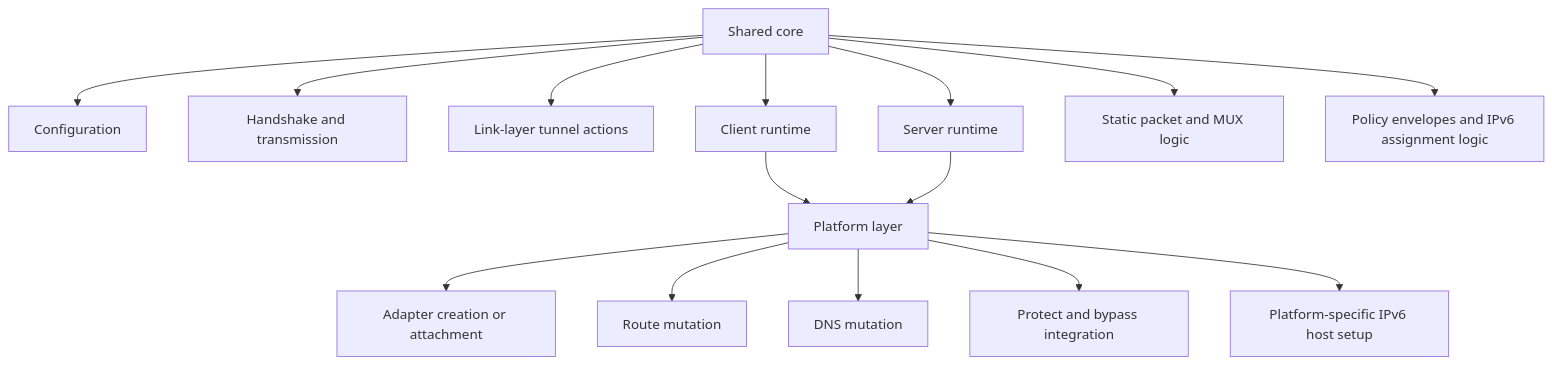
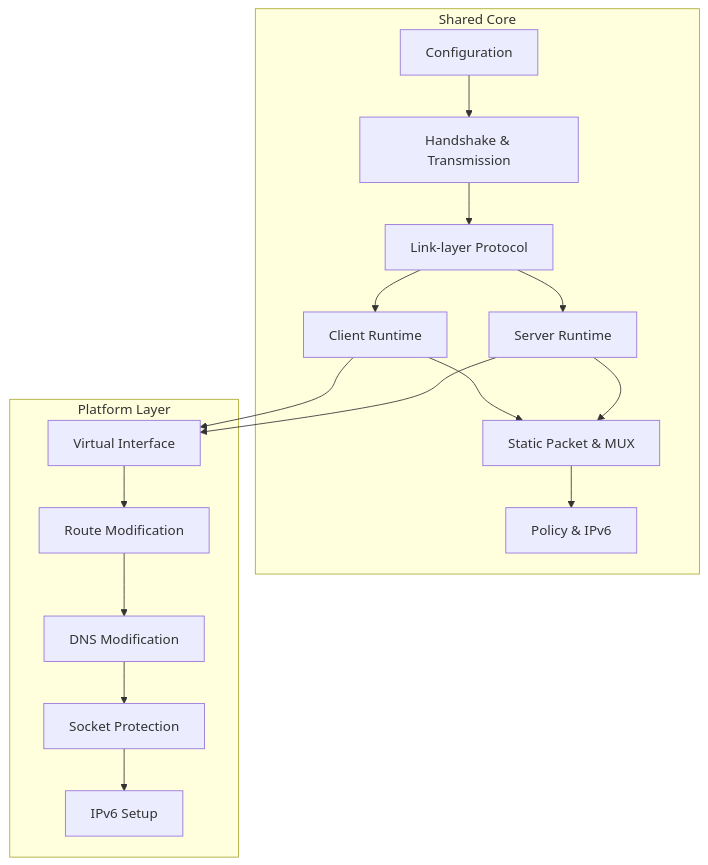
Before and after one commit to HyacinthHaru/openppp2: the second of 10 diagrams in docs/ARCHITECTURE.md, drawn with Mermaid. The commit also changed other lines of this file and 31 other files, not shown here.

````diff
--- a/docs/ARCHITECTURE.md
+++ b/docs/ARCHITECTURE.md
@@ -73,19 +116,22 @@
 ```mermaid
 flowchart TD
-    A[Shared core] --> B[Configuration]
-    A --> C[Handshake and transmission]
-    A --> D[Link-layer tunnel actions]
-    A --> E[Client runtime]
-    A --> F[Server runtime]
-    A --> G[Static packet and MUX logic]
-    A --> H[Policy envelopes and IPv6 assignment logic]
-
-    I[Platform layer] --> J[Adapter creation or attachment]
-    I --> K[Route mutation]
-    I --> L[DNS mutation]
-    I --> M[Protect and bypass integration]
-    I --> N[Platform-specific IPv6 host setup]
-
-    E --> I
-    F --> I
+    subgraph "Shared Core"
+        A[Configuration] --> B[Handshake & Transmission]
+        B --> C[Link-layer Protocol]
+        C --> D[Client Runtime]
+        C --> E[Server Runtime]
+        D --> F[Static Packet & MUX]
+        E --> F
+        F --> G[Policy & IPv6]
+    end
+    
+    subgraph "Platform Layer"
+        H[Virtual Interface] --> I[Route Modification]
+        I --> J[DNS Modification]
+        J --> K[Socket Protection]
+        K --> L[IPv6 Setup]
+    end
+    
+    D --> H
+    E --> H
 ```
````
